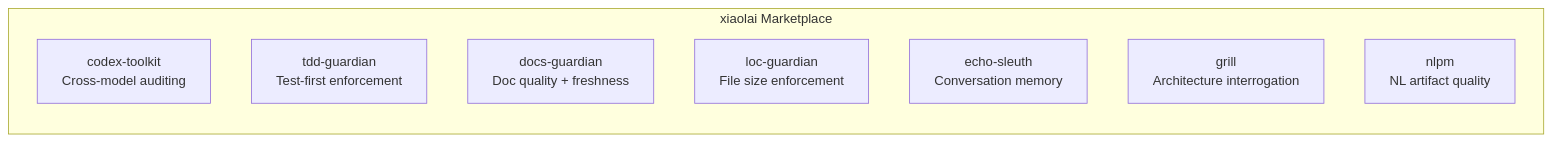
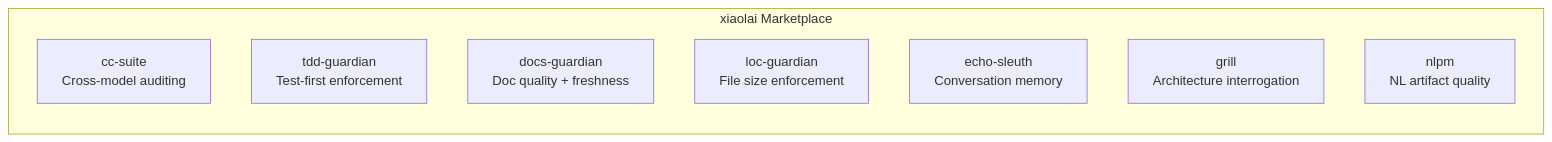
The first of 13 diagrams in website/guide/users-as-developers/plugins-as-infrastructure.md (xiaolai/vmark), drawn with Mermaid before and after one commit. The commit also changed other lines of this file and 29 other files, not shown here.

First line of the commit message:
chore: rename codex-toolkit references to cc-suite

````diff
--- a/website/guide/users-as-developers/plugins-as-infrastructure.md
+++ b/website/guide/users-as-developers/plugins-as-infrastructure.md
@@ -29,12 +29,12 @@
 ```mermaid
 flowchart LR
     subgraph Marketplace["xiaolai Marketplace"]
-        CT["codex-toolkit\nCross-model auditing"]
+        CT["cc-suite\nCross-model auditing"]
         TG["tdd-guardian\nTest-first enforcement"]
         DG["docs-guardian\nDoc quality + freshness"]
         LG["loc-guardian\nFile size enforcement"]
         ES["echo-sleuth\nConversation memory"]
         GR["grill\nArchitecture interrogation"]
         NL["nlpm\nNL artifact quality"]
     end
 ```
````
